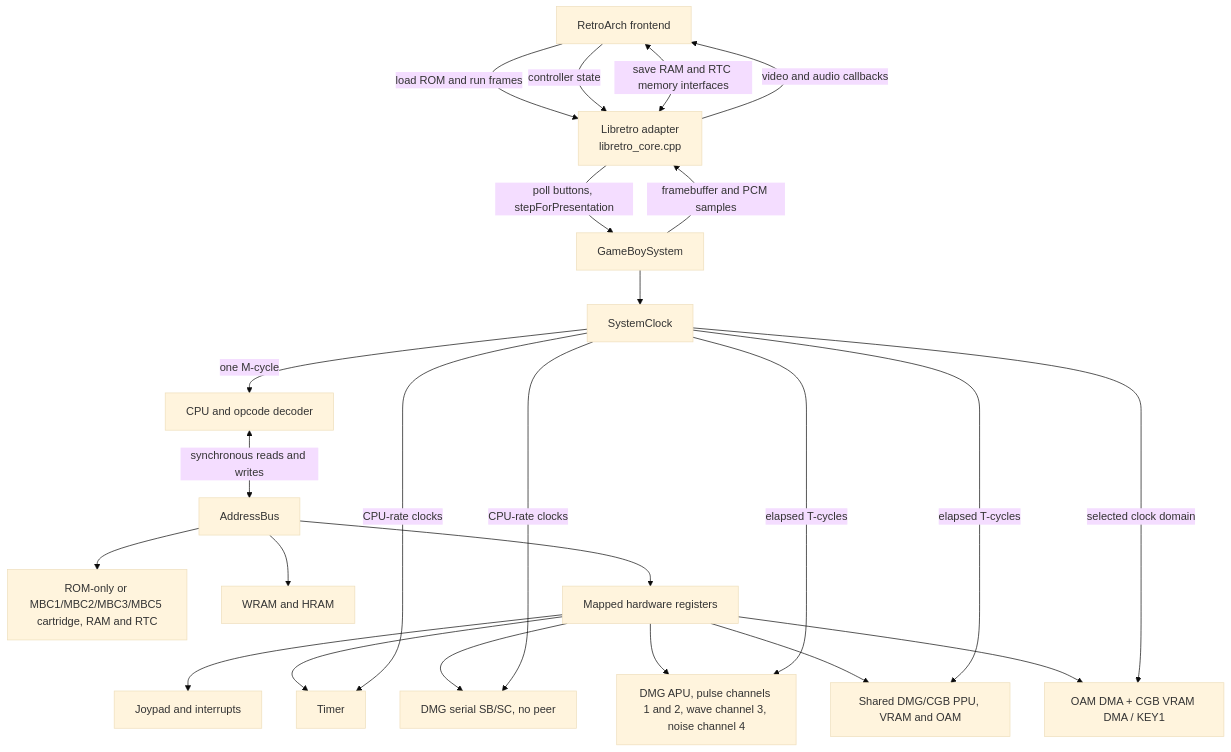
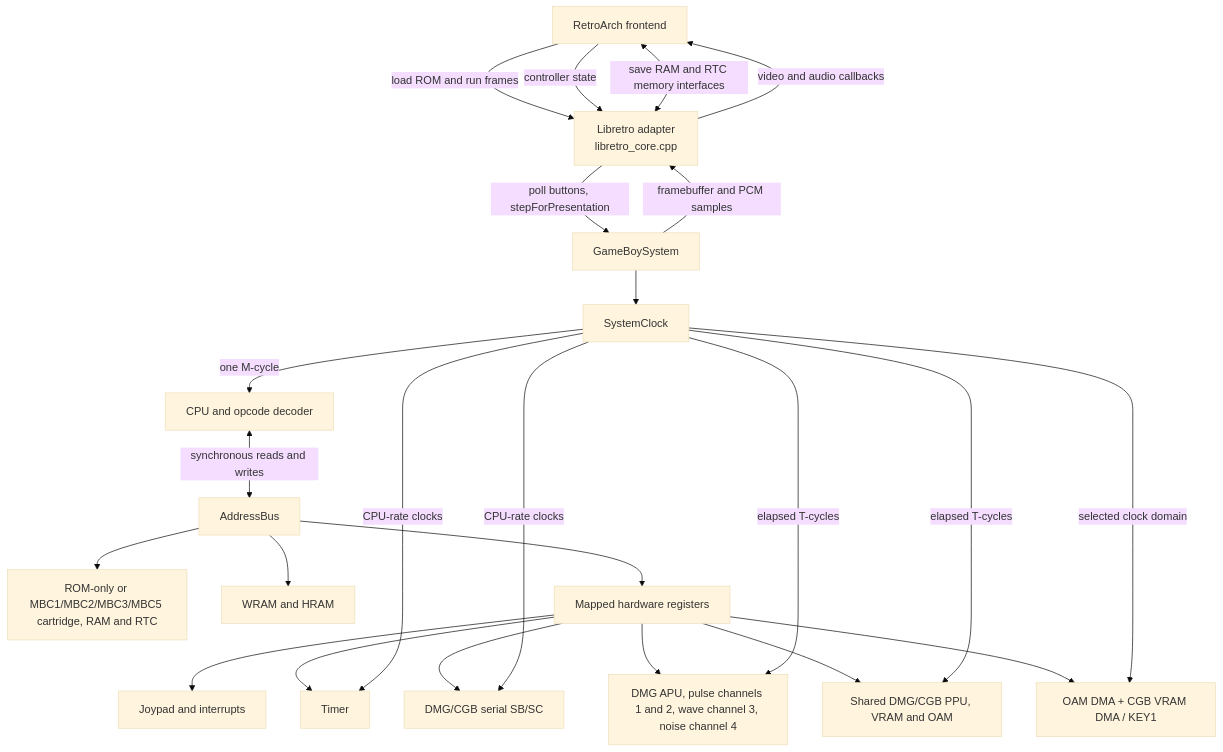
The first of 2 diagrams in docs/architecture.md (jiayeli-hualien/LotusGB), drawn with Mermaid (base theme) before and after one commit. The commit also changed other lines of this file and 66 other files, not shown here.

````diff
--- a/docs/architecture.md
+++ b/docs/architecture.md
@@ -30,30 +33,30 @@
 ```mermaid
 flowchart TD
     RA[RetroArch frontend] -->|load ROM and run frames| LR[Libretro adapter<br/>libretro_core.cpp]
     RA -->|controller state| LR
     LR -->|poll buttons, stepForPresentation| SYS[GameBoySystem]
 
     SYS --> CLOCK[SystemClock]
     CLOCK -->|one M-cycle| CPU[CPU and opcode decoder]
     CPU <-->|synchronous reads and writes| BUS[AddressBus]
 
     BUS --> CART[ROM-only or MBC1/MBC2/MBC3/MBC5 cartridge, RAM and RTC]
     BUS --> RAM[WRAM and HRAM]
     BUS --> IO[Mapped hardware registers]
     IO --> JOY[Joypad and interrupts]
     IO --> TIMER[Timer]
-    IO --> SERIAL[DMG serial SB/SC, no peer]
+    IO --> SERIAL[DMG/CGB serial SB/SC]
     IO --> APU[DMG APU, pulse channels 1 and 2, wave channel 3, noise channel 4]
     IO --> PPU[Shared DMG/CGB PPU, VRAM and OAM]
     IO --> DMA[OAM DMA + CGB VRAM DMA / KEY1]
 
     CLOCK -->|CPU-rate clocks| SERIAL
     CLOCK -->|CPU-rate clocks| TIMER
     CLOCK -->|elapsed T-cycles| APU
     CLOCK -->|elapsed T-cycles| PPU
     CLOCK -->|selected clock domain| DMA
 
     SYS -->|framebuffer and PCM samples| LR
     RA <-->|save RAM and RTC memory interfaces| LR
     LR -->|video and audio callbacks| RA
 ```
````
